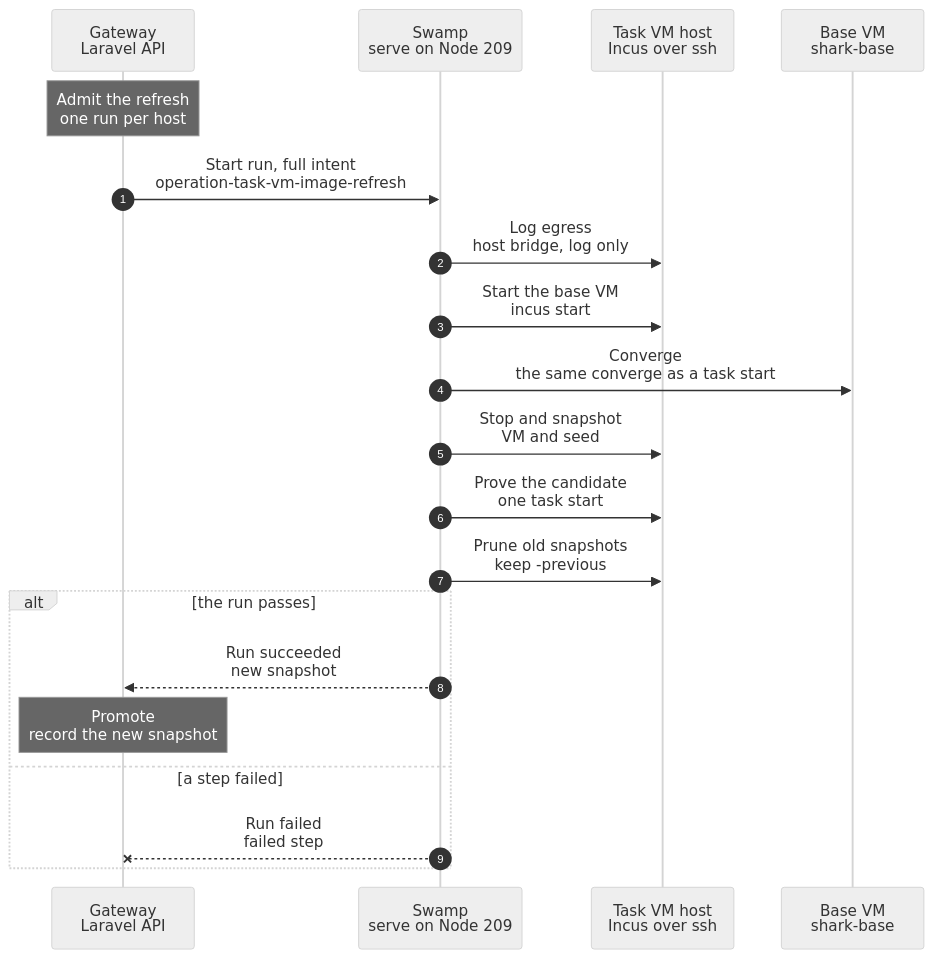
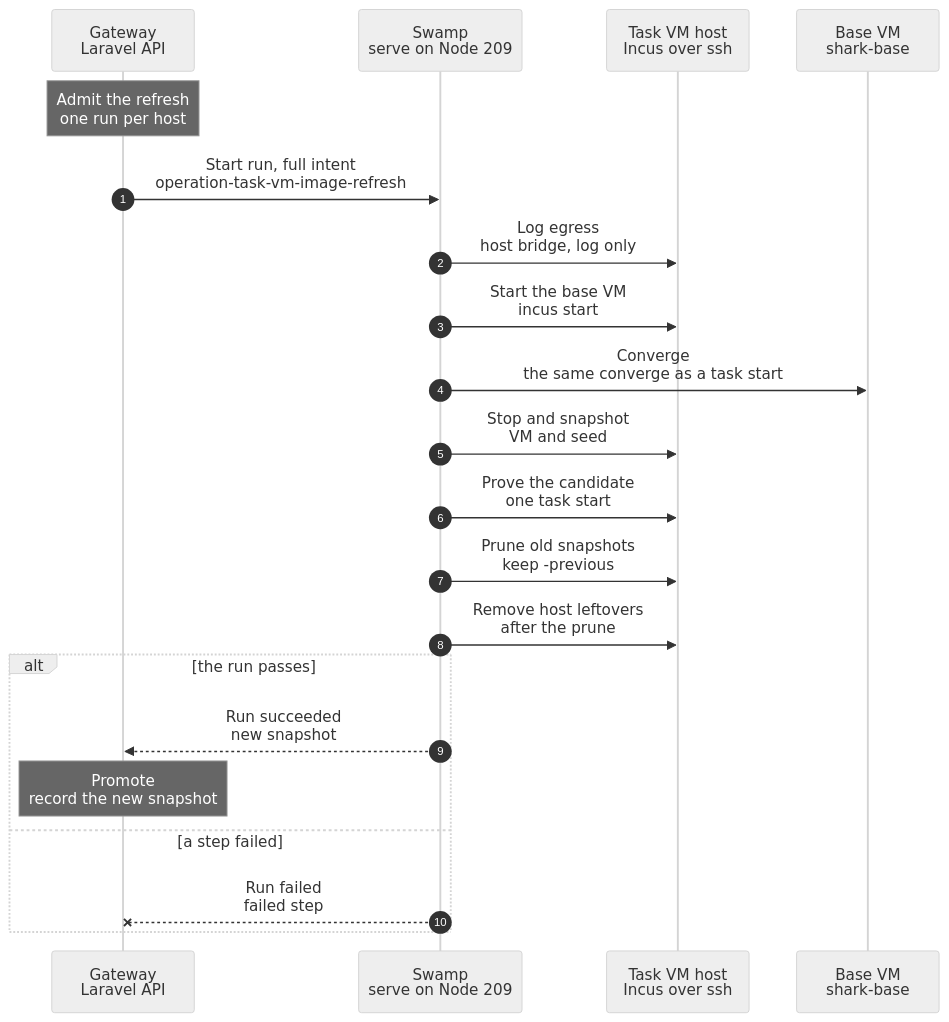
The diagram in docs/cli/tasks/vm-image-refresh.mmd (hardimpactdev/orbit), drawn with Mermaid (neutral theme) before and after one commit. The commit also changed 13 other files, not shown here.

First line of the commit message:
Refresh: rebuild a base from stock, and clean host leftovers (#3166)

```diff
--- a/docs/cli/tasks/vm-image-refresh.mmd
+++ b/docs/cli/tasks/vm-image-refresh.mmd
@@ -1,58 +1,65 @@
 sequenceDiagram
   %% Target design (agreed with Nick, 2026-11-07): each task VM host keeps one stopped base VM, `shark-base`, that never gets an identity. Its ZFS snapshot is the base a task start copies; there is no Incus image and no publish. In every Gateway release, and daily, the base VM converges and a new snapshot becomes the base, so a task start's converge stays near a no-op.
   %% status: draft
   %% command: none · in every Gateway release, and daily
   %% kind: task_vm.image_refresh
   autonumber
   %% lane GW icon=gateway pill=intent tone=blue
   %% lane SW icon=workflow pill=executes tone=green
   %% lane H icon=server pill=target tone=amber
   %% lane VM icon=server pill=base VM tone=purple
   participant GW as Gateway<br/>Laravel API
   participant SW as Swamp<br/>serve on Node 209
   participant H as Task VM host<br/>Incus over ssh
   participant VM as Base VM<br/>shark-base
   Note over GW: Admit the refresh<br/>one run per host
   %%> Started by:
   %%> - every Gateway release, from its step "Admit VM refreshes", as soon as Swamp has loaded the new commit and while the release goes on to switch: `task-vms:refresh-images --commit <sha>` runs from the new release, so the intent holds the new commit's recipe, pins and checkout, and the run uses the new commit's workflows and playbooks; a code-only release refreshes too
   %%> - the daily schedule at 03:20, and an operator
   %%> Result:
   %%> - one run per host, all hosts in parallel; the run never holds the release, and a host that refuses is skipped until the next trigger
   %%> - a host with a refresh open keeps it, and the newest commit waits behind it: one pending commit per host, the newest wins, and the run that ends admits it
   GW->>SW: Start run, full intent<br/>operation-task-vm-image-refresh
   SW->>H: Log egress<br/>host bridge, log only
   %%> What it does:
   %%> - sets up the egress log of the host bridge (Ansible part `egress-log`): an nftables rule logs each new outside connection of a task VM, rsyslog writes it to its own file, and dnsmasq logs the DNS queries; nothing is blocked
   %%> - the first run sets `raw.dnsmasq`, which runs the whole setup of the bridge again and restarts its dnsmasq: running VMs lose DNS for about a second, so it should run when no provision is running; Incus then runs that dnsmasq without its AppArmor profile, as the user `incus`
   %%> - it runs before the base is touched; only a safety check fails the run (rules that do not load, a bridge with IPv6, an ACL without its drop rule) and starts no rollback; other checks warn
   SW->>H: Start the base VM<br/>incus start
   %%> What it does:
   %%> - starts the stopped base VM; about 10 s to its guest agent; its containers start with it
   %%> - a host without a base VM gets it here, once: `incus init` from the stock Ubuntu VM image that `task-vms:prepare-host` copied, an empty seed volume, and a first boot that makes the `orbit` account with the key of the Swamp control Node and installs the SSH server; the converge builds everything else
   %%> - the task VM project keeps `restricted.snapshots=allow`: the base is a snapshot, and only a host API client can take one
+  %%> - `task-vms:refresh-image <host> --from-stock` withdraws the recorded base at admission, so no task start copies it, and the run first deletes the base VM and its seed with their snapshots and builds the base from stock; after a failure the next refresh builds it as on a new host
   SW->>VM: Converge<br/>the same converge as a task start
   %%> What it does:
   %%> - each part runs only when its digest changed: the outer VM, the warm checkout at the release commit, each container
   %%> - the refresh owns the containers' `base` snapshots and retakes them when the fleet changed; the nested Gateway's services restart only when `apps/gateway` changed, and its agent delivery manifest is placed only when the pinned agent build changed
   %%> - no wait for the nested Gateway and no identity wipe: the base VM never gets an identity, and readiness belongs to a task start
   %%> - the boot phase bakes the Orbit root CA and the firewall into the base, and the `orbit-identity` unit that mounts a copy's identity share and applies it before sshd, WireGuard and the agent; a base VM has no share, so the unit skips
   SW->>H: Stop and snapshot<br/>VM and seed
   %%> What it does:
   %%> - stops the base VM and snapshots it and its seed volume under the run's name; ZFS snapshots, about 1 s
   SW->>H: Prove the candidate<br/>one task start
   %%> What it does:
   %%> - steps 2 to 4 of a task start from the new snapshot in a free slot, then its release
   SW->>H: Prune old snapshots<br/>keep -previous
   %%> What it does:
   %%> - keeps the new snapshot and the one before it; removes older ones of the VM and the seed
+  SW->>H: Remove host leftovers<br/>after the prune
+  %%> What it does:
+  %%> - in the task VM project: every image but the stock source image, the volumes of retired image seeds (`orbit-topology-seed-*`) and the slot-pool baseline (`orbit-baseline-*`)
+  %%> - the retired projects the Gateway names (`orbit-baselines`, `orbit-measure-nr`), with what they hold, and the old images of `orbit-proto`
+  %%> - only where the project keeps its own images and volumes; a project that cannot be emptied is reported after the others had their turn
+  %%> - a failure here fails no refresh: the next refresh removes what is left
   alt the run passes
     SW-->>GW: Run succeeded<br/>new snapshot
     Note over GW: Promote<br/>record the new snapshot
     %%> Result:
     %%> - task starts copy the new snapshot; the one before it is `-previous`
     %%> - target: about 25 s for a no-op refresh before the proof (boot 10 s, converge 8 s, stop 5 s, snapshot 1 s); the first refresh of a new host builds the whole base, so it takes much longer
   else a step failed
     SW--xGW: Run failed<br/>failed step
     %%> On failure:
     %%> - the base VM is stopped and rolled back to the recorded snapshot, and a new snapshot is removed; task starts keep the recorded one
   end
```
